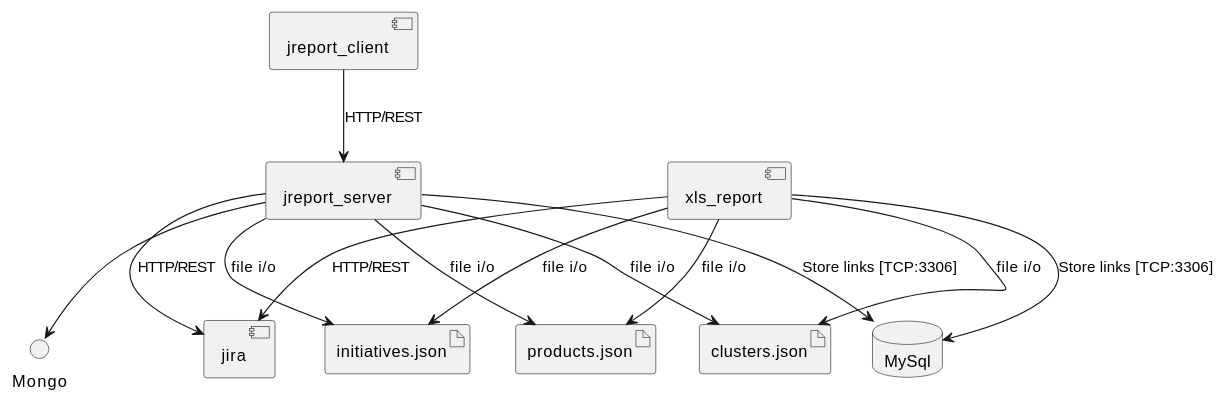
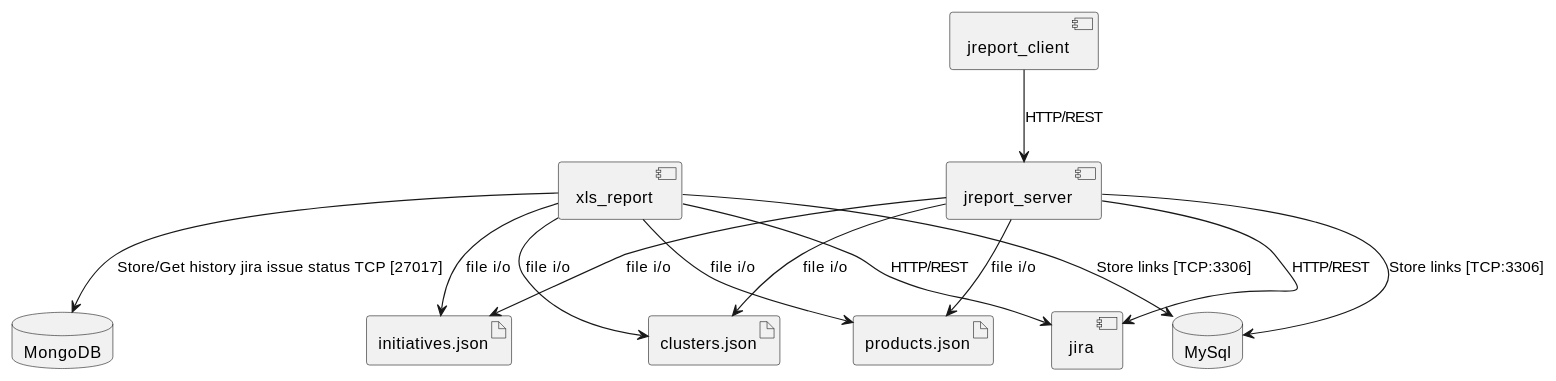
Before and after one commit to DVDemon/jreport: the second of 2 diagrams in architecture.md, drawn with PlantUML.

Commit message:
architecture

````diff
--- a/architecture.md
+++ b/architecture.md
@@ -36,31 +36,33 @@
 ```plantuml
 @startuml
 
 component jreport_client
 component jreport_server
 component xls_report
 component jira
+
 artifact clusters.json
 artifact initiatives.json
 artifact products.json
 database MySql
-
+database MongoDB
 
 jreport_client --> jreport_server : "HTTP/REST"
 
 jreport_server --> jira : "HTTP/REST"
 jreport_server --> clusters.json : "file i/o"
 jreport_server --> initiatives.json : "file i/o"
 jreport_server --> products.json : "file i/o"
 jreport_server --> MySql : "Store links [TCP:3306]"
-jreport_server --> Mongo
+
 
 xls_report --> jira : "HTTP/REST"
 xls_report --> clusters.json : "file i/o"
 xls_report --> initiatives.json : "file i/o"
 xls_report --> products.json : "file i/o"
 xls_report --> MySql : "Store links [TCP:3306]"
+xls_report --> MongoDB : "Store/Get history jira issue status TCP [27017]"
 
 
 @enduml
 ```
````
